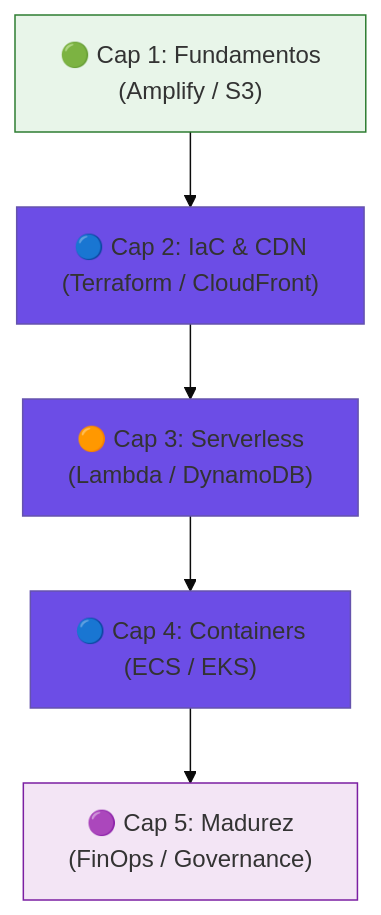
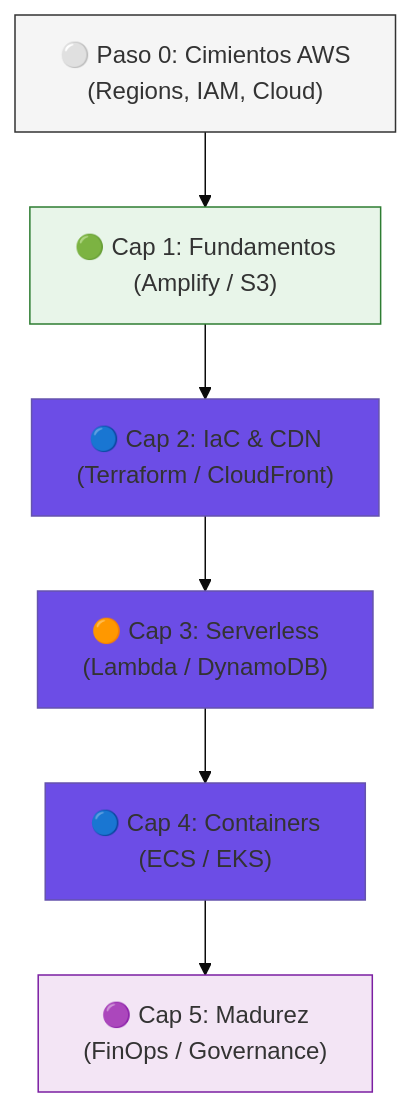
Before and after one commit to vladimiracunadev-create/proyectos-aws: the diagram in AWS_CLOUD_JOURNEY.md, drawn with Mermaid. The commit also changed other lines of this file and 1 other file, not shown here.

Commit message:
docs: overhaul AWS_CLOUD_JOURNEY.md to v2.0 Ultimate Edition and feature it in README

````diff
--- a/AWS_CLOUD_JOURNEY.md
+++ b/AWS_CLOUD_JOURNEY.md
@@ -12,11 +13,13 @@
 ```mermaid
 %%{init: {'theme': 'base', 'themeVariables': { 'primaryColor': '#6C4DE6', 'secondaryColor': '#FF9900', 'tertiaryColor': '#f4f4f4', 'fontsize': '16px' }}}%%
 graph TB
-    A["🟢 Cap 1: Fundamentos\n(Amplify / S3)"] --> B["🔵 Cap 2: IaC & CDN\n(Terraform / CloudFront)"]
+    Step0["⚪ Paso 0: Cimientos AWS\n(Regions, IAM, Cloud)"] --> A["🟢 Cap 1: Fundamentos\n(Amplify / S3)"]
+    A --> B["🔵 Cap 2: IaC & CDN\n(Terraform / CloudFront)"]
     B --> C["🟠 Cap 3: Serverless\n(Lambda / DynamoDB)"]
     C --> D["🔵 Cap 4: Containers\n(ECS / EKS)"]
     D --> E["🟣 Cap 5: Madurez\n(FinOps / Governance)"]
 
+    style Step0 fill:#f5f5f5,stroke:#333
     style A fill:#e8f5e9,stroke:#2e7d32
     style E fill:#f3e5f5,stroke:#7b1fa2
 ```
````
